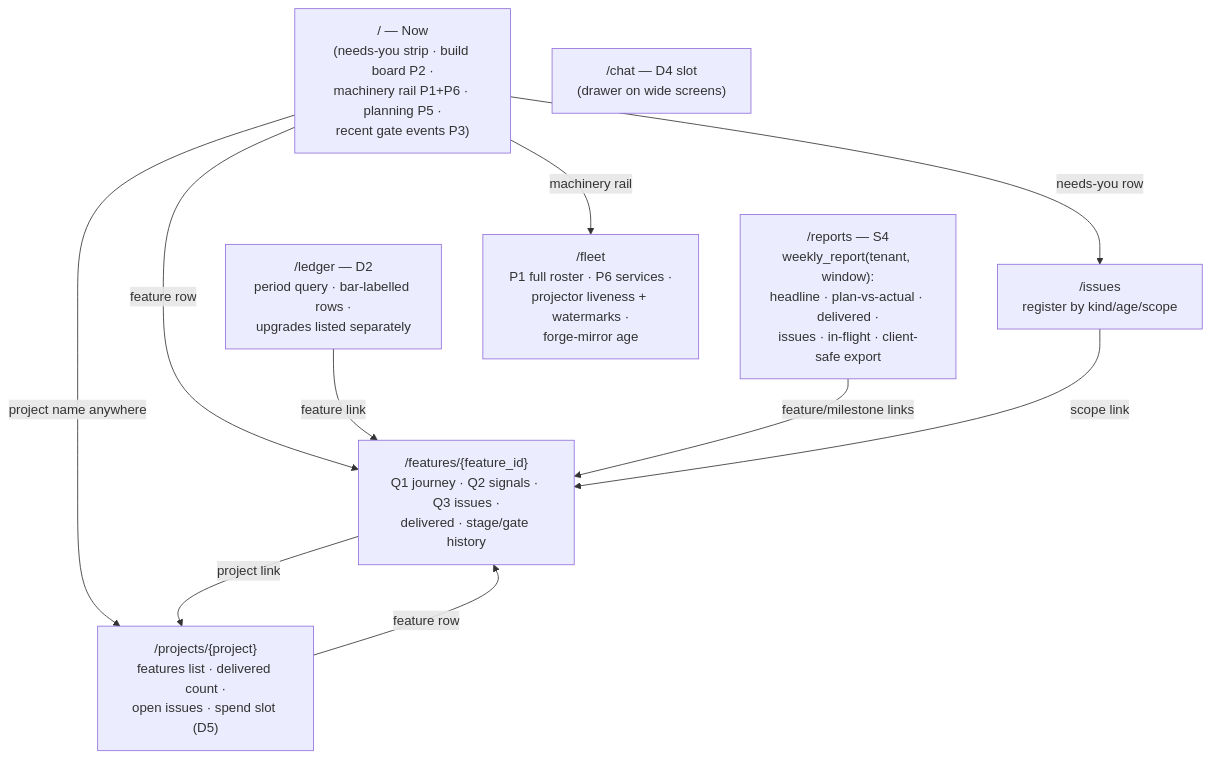
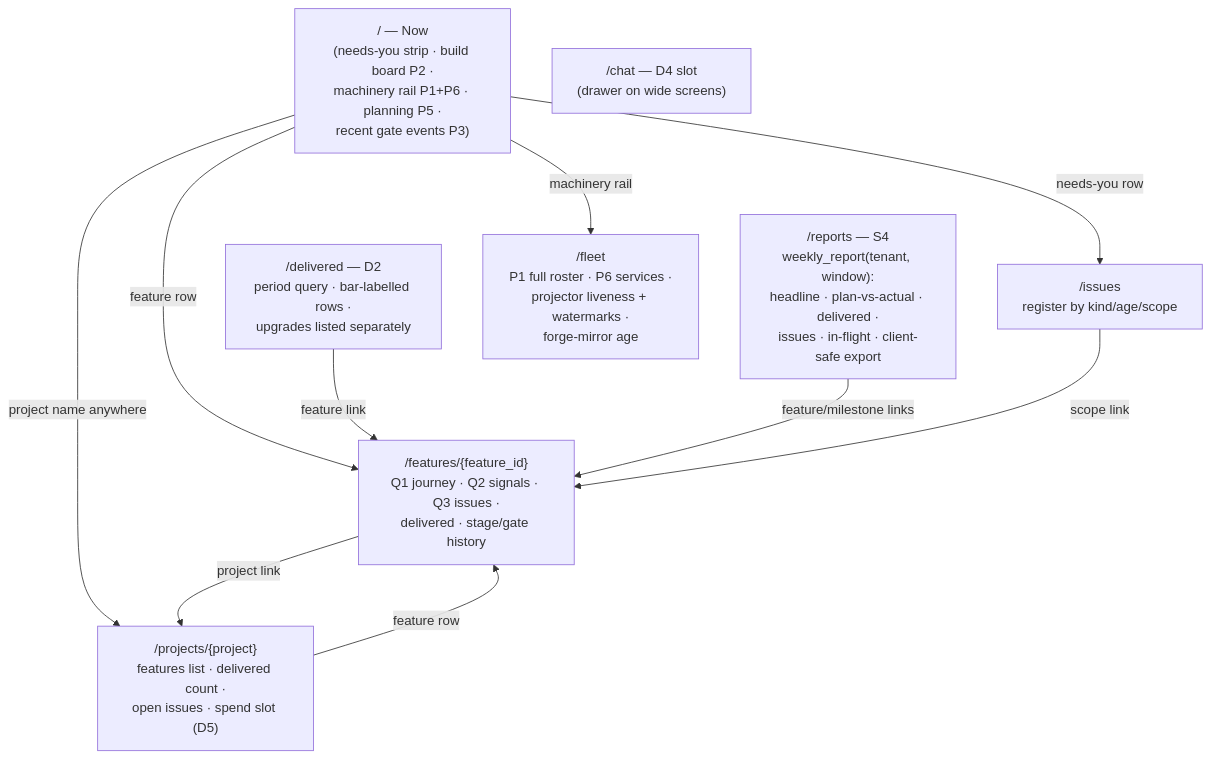
Before and after one commit to guardkit/factory-dashboard: the diagram in docs/architecture/ux-spec-2026-07-11.md, drawn with Mermaid. The commit also changed other lines of this file, not shown here.

First line of the commit message:
UX spec v1.2 — Rich's taste-review renames: 'Ledger' → 'Delivered' user-facing (naming map §4.4); titles lead, IDs follow (§5.8, acceptance 19)

````diff
--- a/docs/architecture/ux-spec-2026-07-11.md
+++ b/docs/architecture/ux-spec-2026-07-11.md
@@ -54,21 +54,21 @@
 ```mermaid
 flowchart TD
   HOME["/ — Now\n(needs-you strip · build board P2 ·\nmachinery rail P1+P6 · planning P5 ·\nrecent gate events P3)"]
   FEAT["/features/{feature_id}\nQ1 journey · Q2 signals · Q3 issues ·\ndelivered · stage/gate history"]
   PROJ["/projects/{project}\nfeatures list · delivered count ·\nopen issues · spend slot (D5)"]
-  LEDG["/ledger — D2\nperiod query · bar-labelled rows ·\nupgrades listed separately"]
+  LEDG["/delivered — D2\nperiod query · bar-labelled rows ·\nupgrades listed separately"]
   RPT["/reports — S4\nweekly_report(tenant, window):\nheadline · plan-vs-actual · delivered ·\nissues · in-flight · client-safe export"]
   ISSU["/issues\nregister by kind/age/scope"]
   FLEET["/fleet\nP1 full roster · P6 services ·\nprojector liveness + watermarks ·\nforge-mirror age"]
   CHAT["/chat — D4 slot\n(drawer on wide screens)"]
 
   HOME -->|"feature row"| FEAT
   HOME -->|"needs-you row"| ISSU
   HOME -->|"machinery rail"| FLEET
   HOME -->|"project name anywhere"| PROJ
   FEAT -->|"project link"| PROJ
   PROJ -->|"feature row"| FEAT
   LEDG -->|"feature link"| FEAT
   RPT -->|"feature/milestone links"| FEAT
   ISSU -->|"scope link"| FEAT
 ```
````
